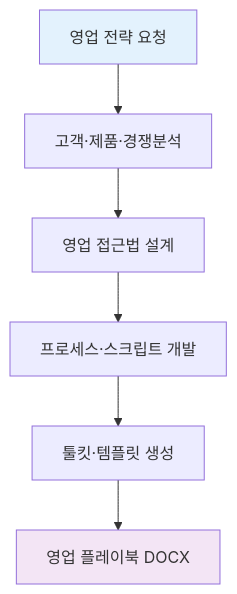
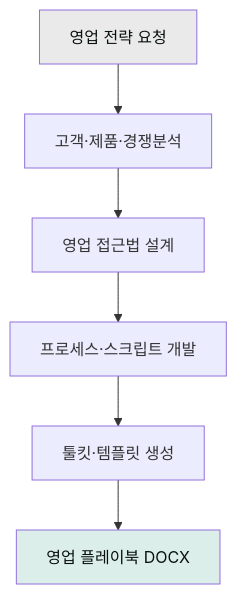
The fifth of 6 diagrams in content/plugins/moai-business.md (modu-ai/claude), drawn with Mermaid before and after one commit. The commit also changed other lines of this file and 97 other files, not shown here.

First line of the commit message:
style(docs-site): mermaid 색상 브랜드 정합 + 라이트 테마 단일화

````diff
--- a/content/plugins/moai-business.md
+++ b/content/plugins/moai-business.md
@@ -201,11 +201,11 @@
 ```mermaid
 flowchart TD
   Start[영업 전략 요청] --> Analysis[고객·제품·경쟁분석]
   Analysis --> Strategy[영업 접근법 설계]
   Strategy --> Process[프로세스·스크립트 개발]
   Process --> Tools[툴킷·템플릿 생성]
   Tools --> Output[영업 플레이북 DOCX]
 
-  style Start fill:#e3f2fd
-  style Output fill:#f3e5f5
+  style Start fill:#eaeaea,color:#09110f
+  style Output fill:#dceee9,color:#09110f
 ```
````
